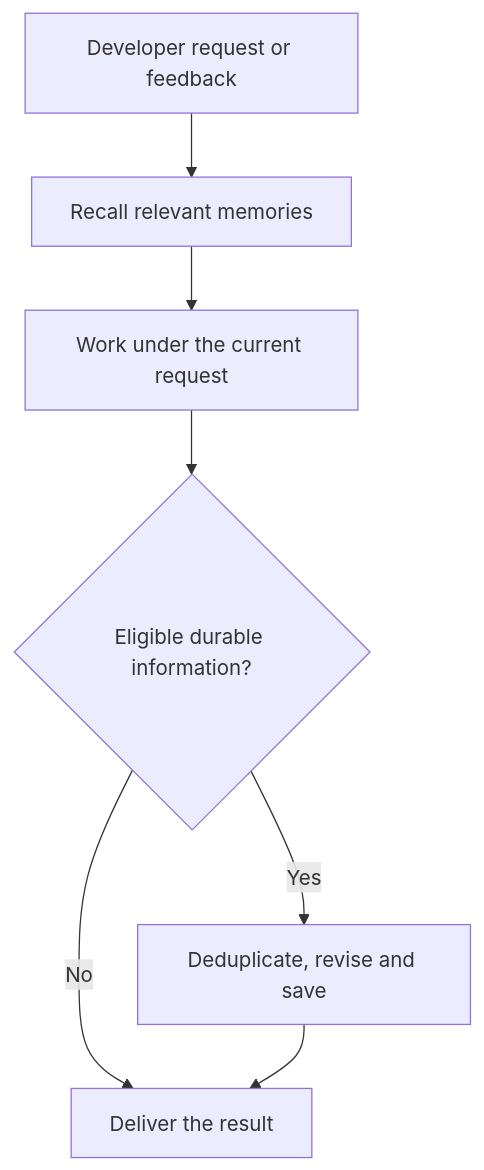
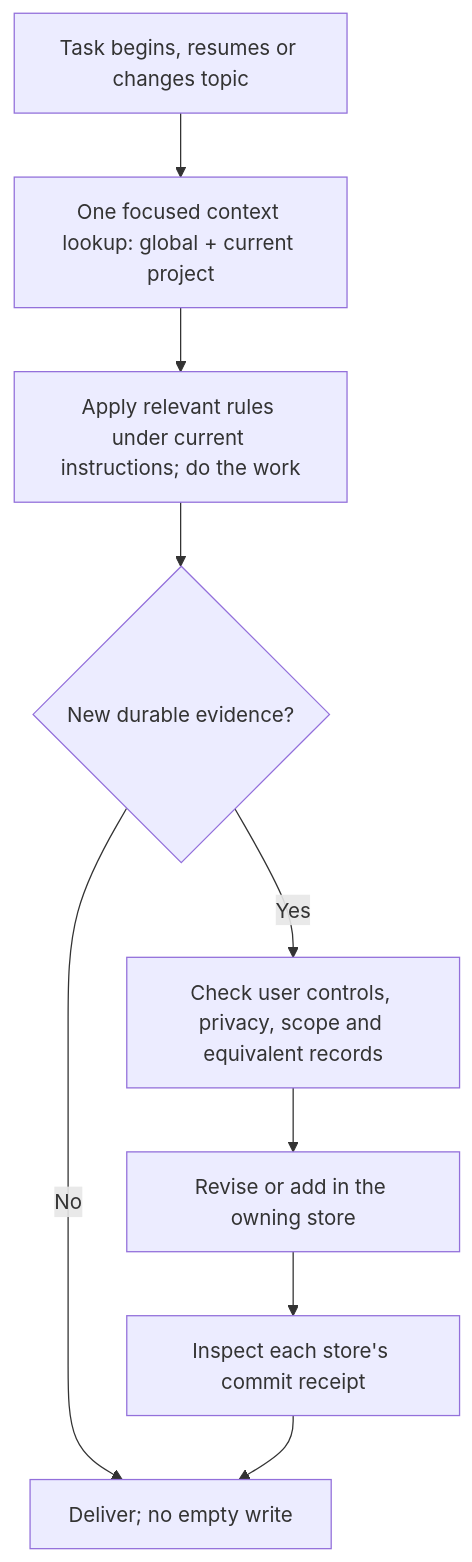
The second of 3 diagrams in README.md (chrisstarr7/dev-memory), drawn with Mermaid before and after one commit. The commit also changed other lines of this file and 17 other files, not shown here.

````diff
--- a/README.md
+++ b/README.md
@@ -65,9 +82,11 @@
 ```mermaid
 flowchart TD
-    A["Developer request or feedback"] --> B["Recall relevant memories"]
-    B --> C["Work under the current request"]
-    C --> D{"Eligible durable information?"}
-    D -- "Yes" --> E["Deduplicate, revise and save"]
-    D -- "No" --> F["Deliver the result"]
-    E --> F
+    R["Task begins, resumes or changes topic"] --> L["One focused context lookup: global + current project"]
+    L --> W["Apply relevant rules under current instructions; do the work"]
+    W --> E{"New durable evidence?"}
+    E -- "No" --> F["Deliver; no empty write"]
+    E -- "Yes" --> J["Check user controls, privacy, scope and equivalent records"]
+    J --> B["Revise or add in the owning store"]
+    B --> K["Inspect each store's commit receipt"]
+    K --> F
 ```
````
